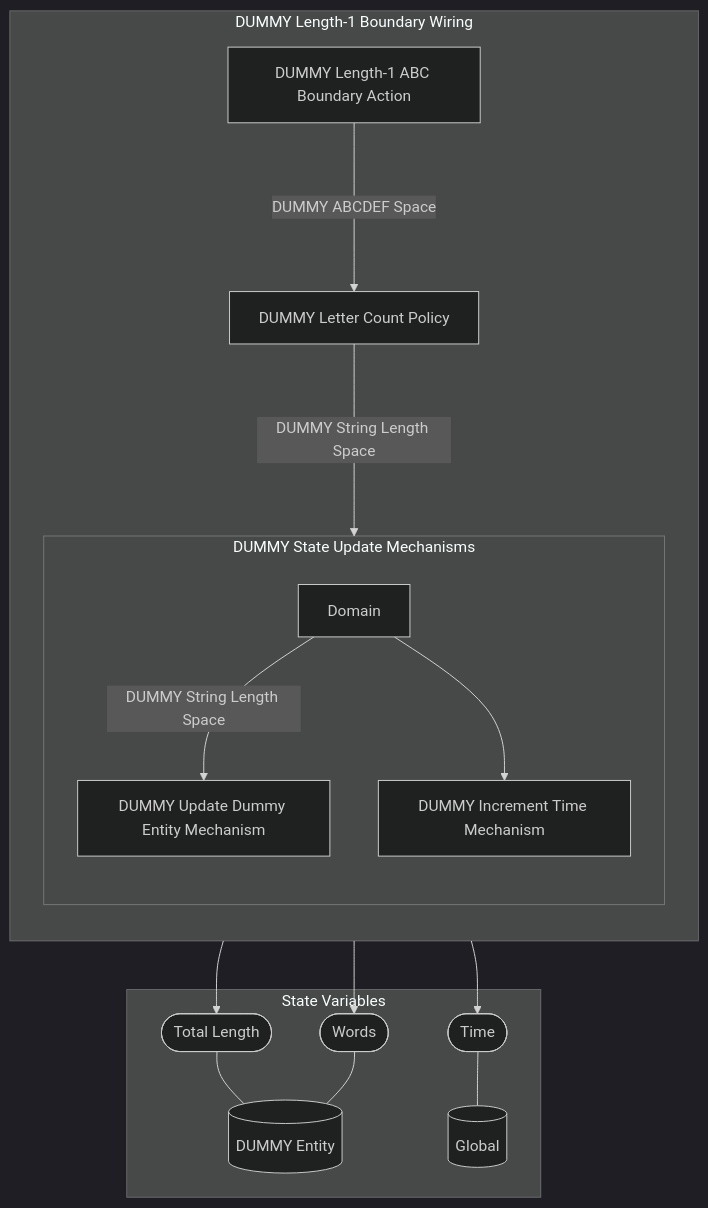
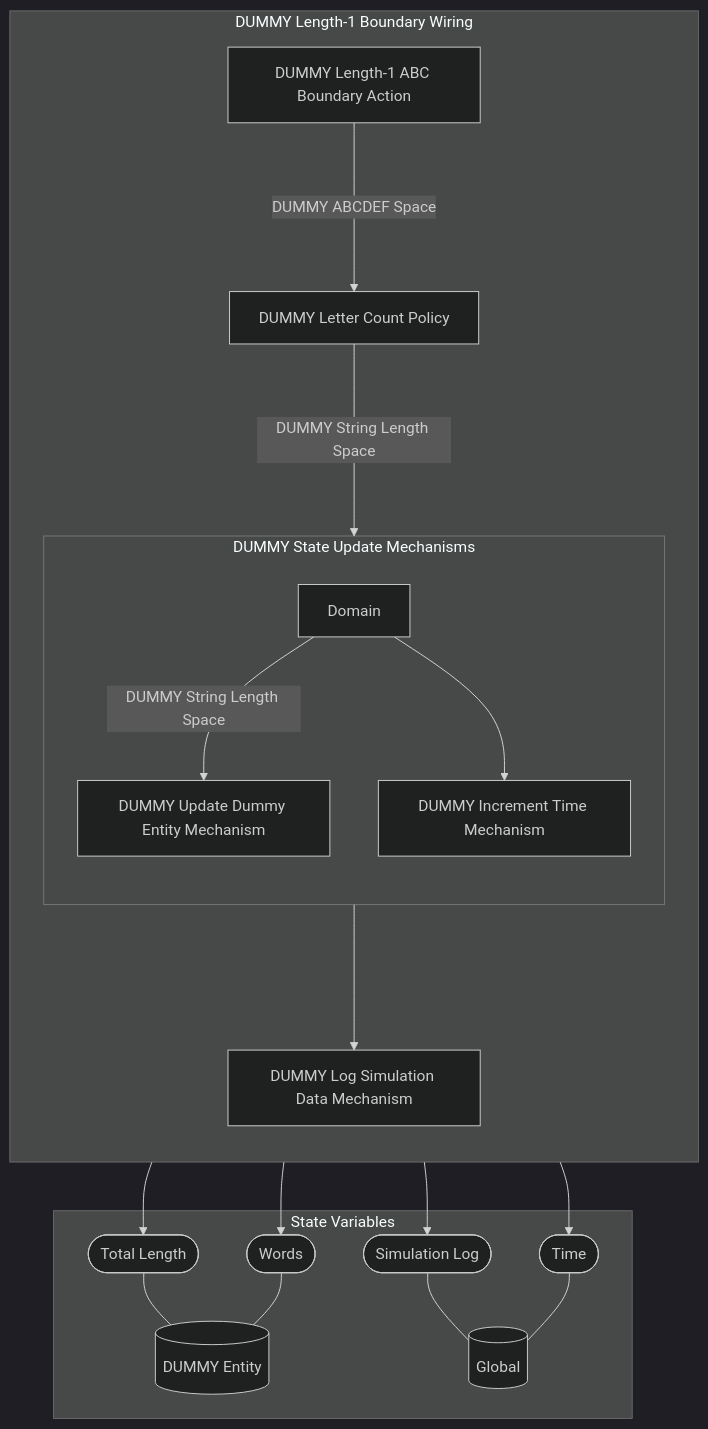
The diagram in reports/obsidian/Wiring/DUMMY Length-1 Boundary Wiring.md (BlockScience/MSML-Template), drawn with Mermaid (dark theme) before and after one commit. The commit also changed other lines of this file and 16 other files, not shown here.

Commit message:
Log simulation into spec

````diff
--- a/reports/obsidian/Wiring/DUMMY Length-1 Boundary Wiring.md
+++ b/reports/obsidian/Wiring/DUMMY Length-1 Boundary Wiring.md
@@ -3,36 +3,41 @@
 ```mermaid
 graph TB
 
 subgraph SVS["State Variables"]
 EE0[("DUMMY Entity")]
 EE1[("Global")]
 EES0(["Total Length"])
 EES0 --- EE0
 EES1(["Words"])
 EES1 --- EE0
-EES2(["Time"])
+EES2(["Simulation Log"])
 EES2 --- EE1
+EES3(["Time"])
+EES3 --- EE1
 end
 
-subgraph X8["DUMMY Length-1 Boundary Wiring"]
+subgraph X9["DUMMY Length-1 Boundary Wiring"]
 direction TB
 X1["DUMMY Length-1 ABC Boundary Action"]
 X2["DUMMY Letter Count Policy"]
 subgraph X7["DUMMY State Update Mechanisms"]
 direction TB
 X3["DUMMY Update Dummy Entity Mechanism"]
 X3 --> EES1
 X3 --> EES0
 X4["DUMMY Increment Time Mechanism"]
-X4 --> EES2
+X4 --> EES3
 X5[Domain]
 
 direction LR
 direction TB
 X5 --"DUMMY String Length Space"--> X3
 X5 --> X4
 end
+X8["DUMMY Log Simulation Data Mechanism"]
+X8 --> EES2
 X1--"DUMMY ABCDEF Space"--->X2
 X2--"DUMMY String Length Space"--->X7
+X7--->X8
 end
 ```
````
